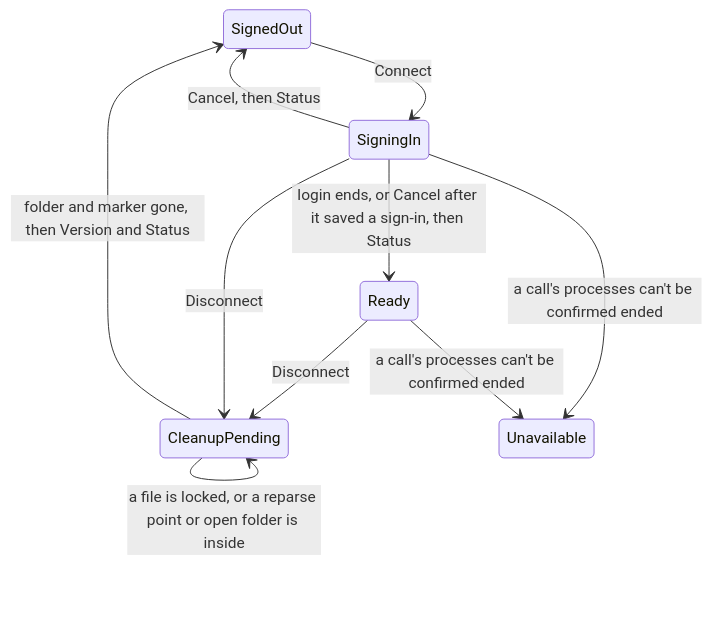
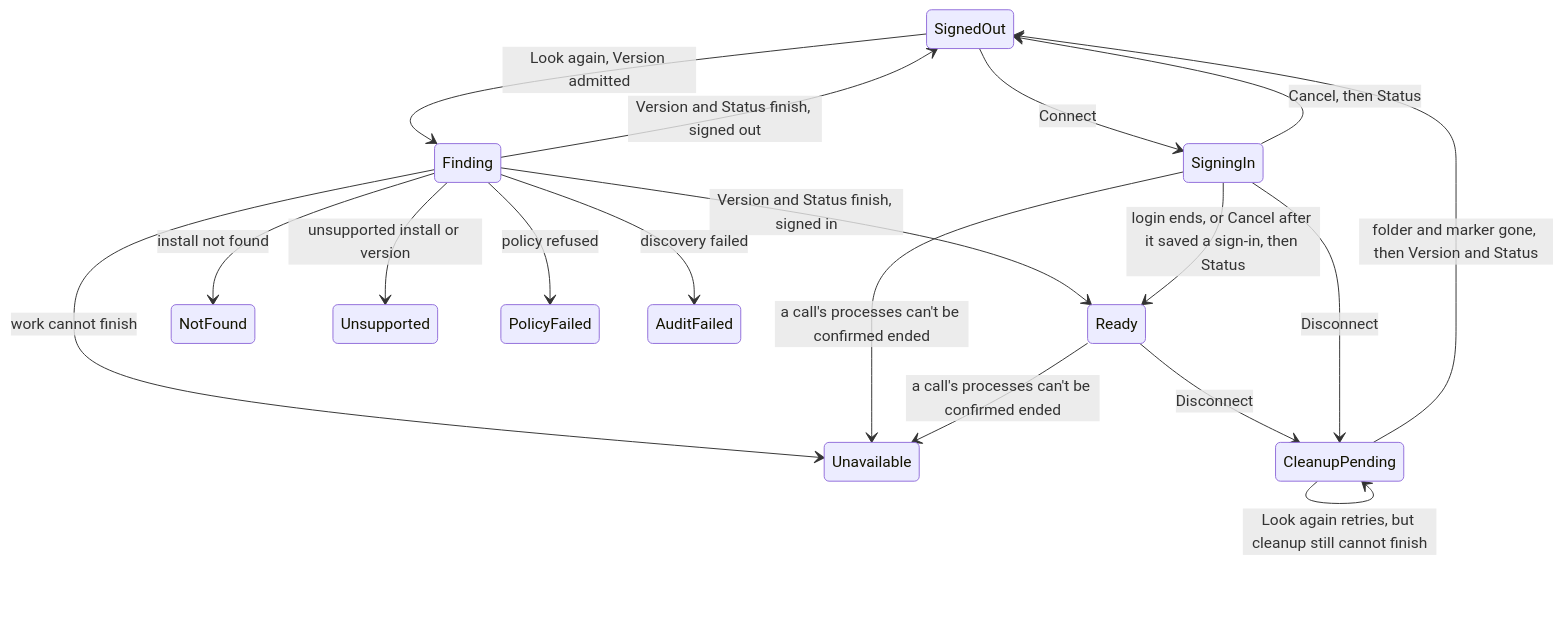
One commit to labcoder/capsula changed the third of 4 diagrams in docs/development/claude-code.md. Above: the diagram before and after it, drawn with Mermaid. The commit also changed 9 other files, not shown here.

Commit message:
fix(shell): retry claude cleanup with look again

````diff
--- a/docs/development/claude-code.md
+++ b/docs/development/claude-code.md
@@ -221,12 +221,20 @@
 ```mermaid
 stateDiagram-v2
+    SignedOut --> Finding: Look again, Version admitted
+    Finding --> SignedOut: Version and Status finish, signed out
+    Finding --> Ready: Version and Status finish, signed in
+    Finding --> NotFound: install not found
+    Finding --> Unsupported: unsupported install or version
+    Finding --> PolicyFailed: policy refused
+    Finding --> AuditFailed: discovery failed
+    Finding --> Unavailable: work cannot finish
     SignedOut --> SigningIn: Connect
     SigningIn --> SignedOut: Cancel, then Status
     SigningIn --> Ready: login ends, or Cancel after it saved a sign-in, then Status
     Ready --> CleanupPending: Disconnect
     SigningIn --> CleanupPending: Disconnect
     CleanupPending --> SignedOut: folder and marker gone, then Version and Status
-    CleanupPending --> CleanupPending: a file is locked, or a reparse point or open folder is inside
+    CleanupPending --> CleanupPending: Look again retries, but cleanup still cannot finish
     SigningIn --> Unavailable: a call's processes can't be confirmed ended
     Ready --> Unavailable: a call's processes can't be confirmed ended
 ```
````
